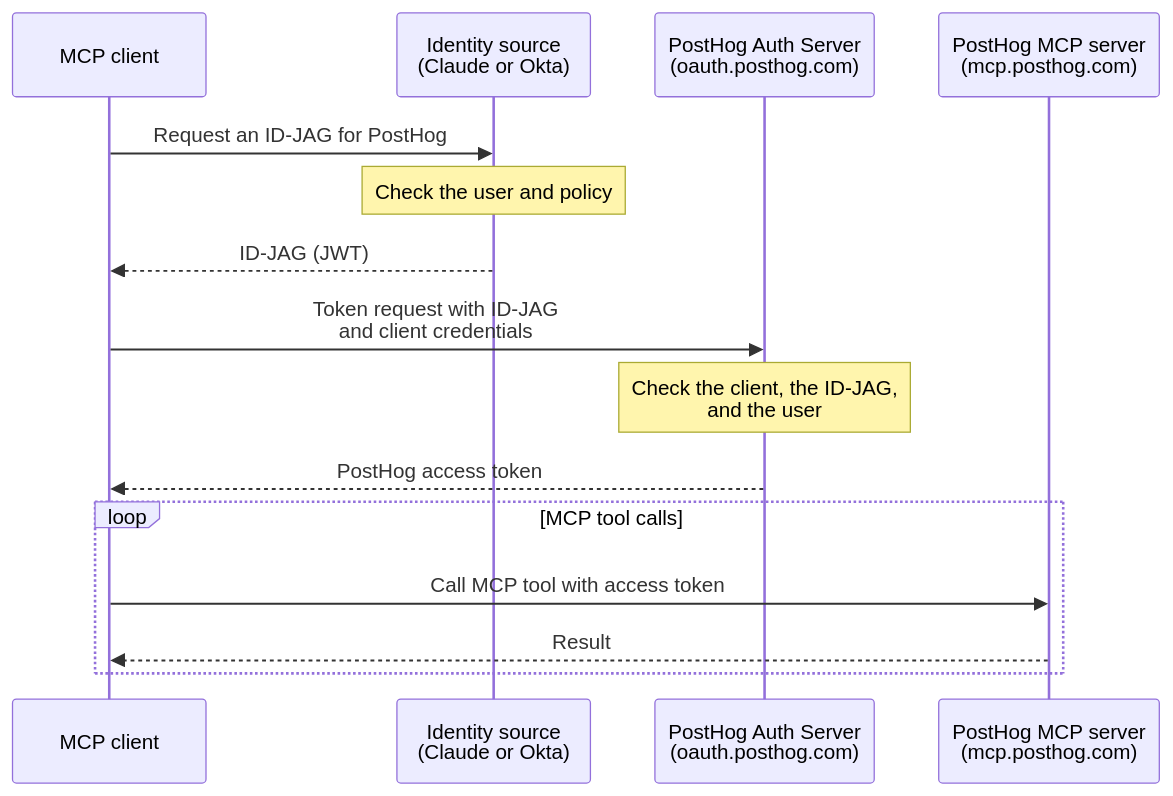
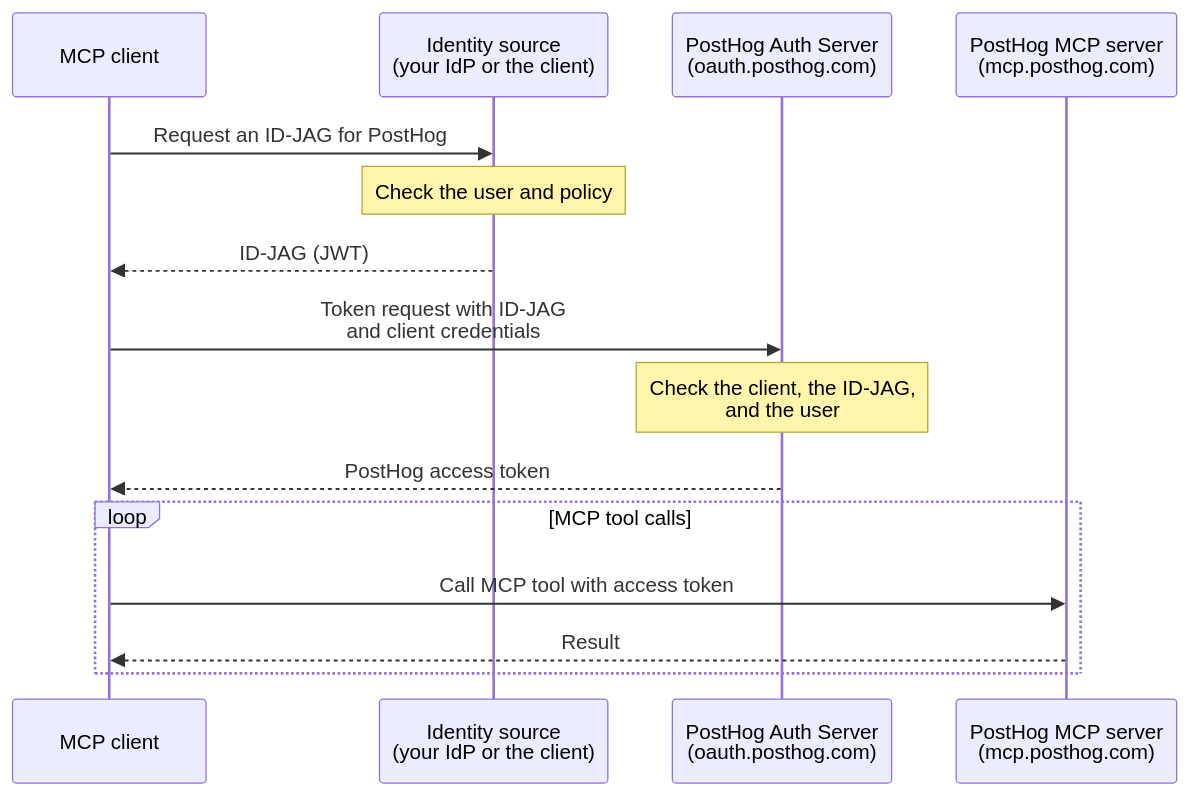
One commit to PostHog/posthog.com changed the diagram in contents/docs/model-context-protocol/enterprise-managed-authorization.mdx. Above: the diagram before and after it, drawn with Mermaid. The commit also changed other lines of this file and 5 other files, not shown here.

First line of the commit message:
docs(mcp): make EMA overview client-agnostic and merge the Claude guides

````diff
--- a/contents/docs/model-context-protocol/enterprise-managed-authorization.mdx
+++ b/contents/docs/model-context-protocol/enterprise-managed-authorization.mdx
@@ -46,20 +71,20 @@
 ```mermaid
 sequenceDiagram
     participant Client as MCP client
-    participant Source as Identity source<br/>(Claude or Okta)
+    participant Source as Identity source<br/>(your IdP or the client)
     participant AS as PostHog Auth Server<br/>(oauth.posthog.com)
     participant MCP as PostHog MCP server<br/>(mcp.posthog.com)
 
     Client->>Source: Request an ID-JAG for PostHog
     Note over Source: Check the user and policy
     Source-->>Client: ID-JAG (JWT)
 
     Client->>AS: Token request with ID-JAG<br/>and client credentials
     Note over AS: Check the client, the ID-JAG,<br/>and the user
     AS-->>Client: PostHog access token
 
     loop MCP tool calls
         Client->>MCP: Call MCP tool with access token
         MCP-->>Client: Result
     end
 ```
````
